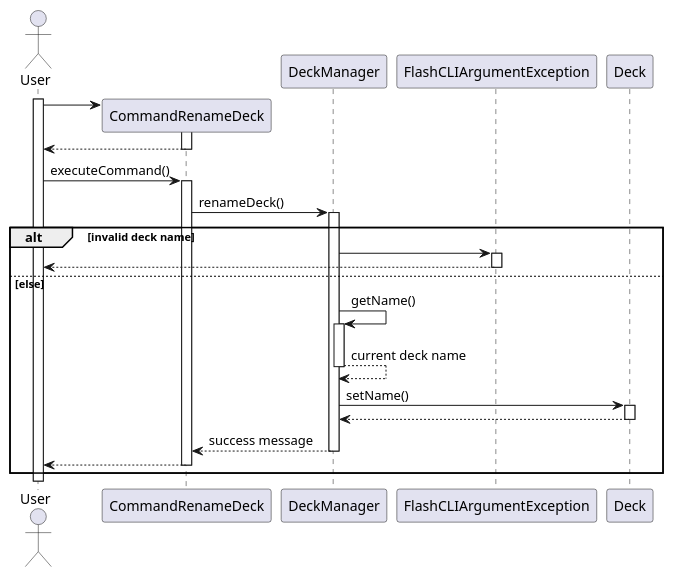
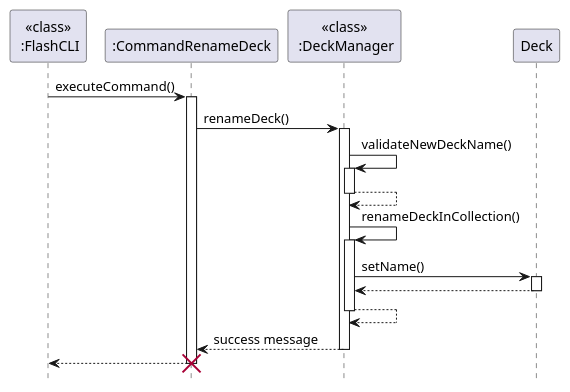
The diagram in docs/diagrams/RenameDeckSequenceDiagram.puml (felfelyuen/tp), drawn with PlantUML before and after one commit. The commit also changed 4 other files, not shown here.

```diff
--- a/docs/diagrams/RenameDeckSequenceDiagram.puml
+++ b/docs/diagrams/RenameDeckSequenceDiagram.puml
@@ -1,45 +1,35 @@
 @startuml
 
-actor User
-participant CommandRenameDeck
-participant DeckManager
-participant FlashCLIArgumentException
+hide footbox
+participant "<<class>>\n :FlashCLI" as FlashCLI
+participant ":CommandRenameDeck" as CommandRenameDeck
+participant "<<class>>\n :DeckManager" as DeckManager
 participant Deck
 
-activate User
-create CommandRenameDeck
-User -> CommandRenameDeck
-activate CommandRenameDeck
-
-CommandRenameDeck --> User
-deactivate CommandRenameDeck
-
-
-User -> CommandRenameDeck: executeCommand()
+FlashCLI -> CommandRenameDeck: executeCommand()
 activate CommandRenameDeck
 CommandRenameDeck -> DeckManager: renameDeck()
 activate DeckManager
 
-alt invalid deck name
-    DeckManager -> FlashCLIArgumentException
-    activate FlashCLIArgumentException
-    FlashCLIArgumentException --> User
-    deactivate FlashCLIArgumentException
+DeckManager -> DeckManager:validateNewDeckName()
+activate DeckManager
+DeckManager --> DeckManager
+deactivate DeckManager
 
-else else
-    DeckManager -> DeckManager:getName()
-    activate DeckManager
-    DeckManager --> DeckManager: current deck name
-    deactivate DeckManager
+DeckManager -> DeckManager:renameDeckInCollection()
+activate DeckManager
 
-    DeckManager -> Deck:setName()
-    activate Deck
-    Deck --> DeckManager
-    deactivate Deck
-    DeckManager --> CommandRenameDeck: success message
-    deactivate DeckManager
-    CommandRenameDeck --> User
-    deactivate CommandRenameDeck
-end alt
+DeckManager -> Deck: setName()
+activate Deck
+Deck --> DeckManager
+deactivate Deck
+DeckManager --> DeckManager
+deactivate DeckManager
+
+DeckManager --> CommandRenameDeck: success message
+deactivate DeckManager
+CommandRenameDeck --> FlashCLI
+deactivate CommandRenameDeck
+destroy CommandRenameDeck
 
 @enduml
```
